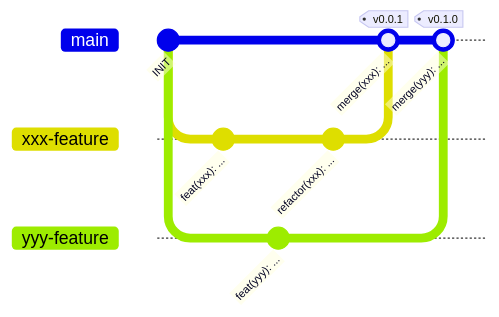
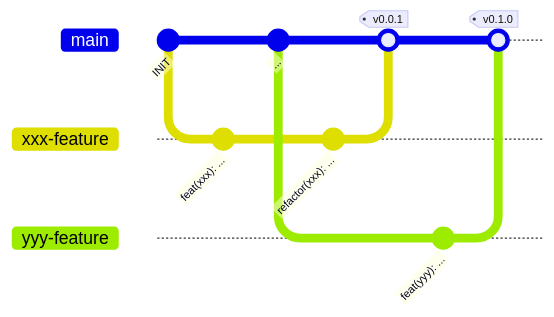
Before and after one commit to es-ude/elastic-ai.runtime.enV5: the diagram in CONTRIBUTING.md, drawn with Mermaid. The commit also changed other lines of this file and 2 other files, not shown here.

````diff
--- a/CONTRIBUTING.md
+++ b/CONTRIBUTING.md
@@ -104,16 +126,17 @@
 ```mermaid
 gitGraph
     commit id: "INIT"
     branch xxx-feature
     commit id: "feat(xxx): ..."
     checkout main
+    commit id: "..."
     branch yyy-feature
-    commit id: "feat(yyy): ..."
     checkout xxx-feature
     commit id: "refactor(xxx): ..."
     checkout main
-    merge xxx-feature id: "merge(xxx): ..." tag: "v0.0.1"
+    merge xxx-feature tag: "v0.0.1"
     checkout yyy-feature
+    commit id: "feat(yyy): ..."
     checkout main
-    merge yyy-feature id: "merge(yyy): ..." tag: "v0.1.0"
+    merge yyy-feature tag: "v0.1.0"
 ```
````
